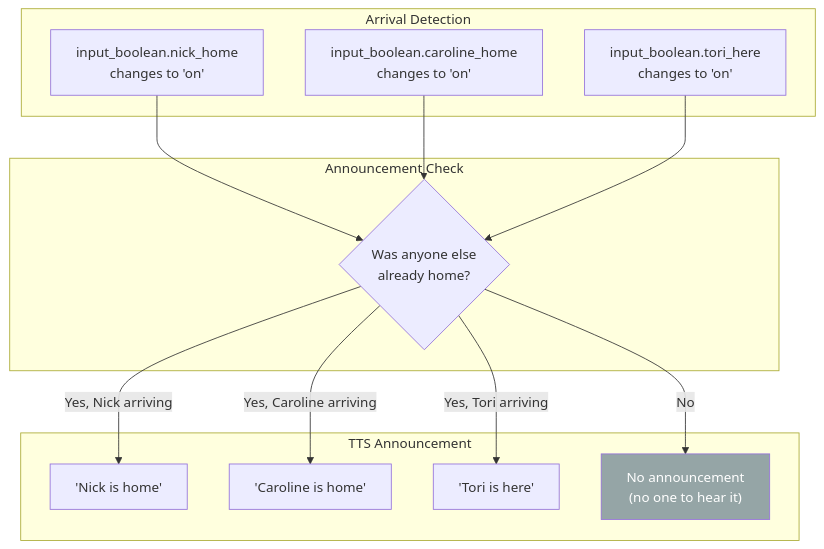
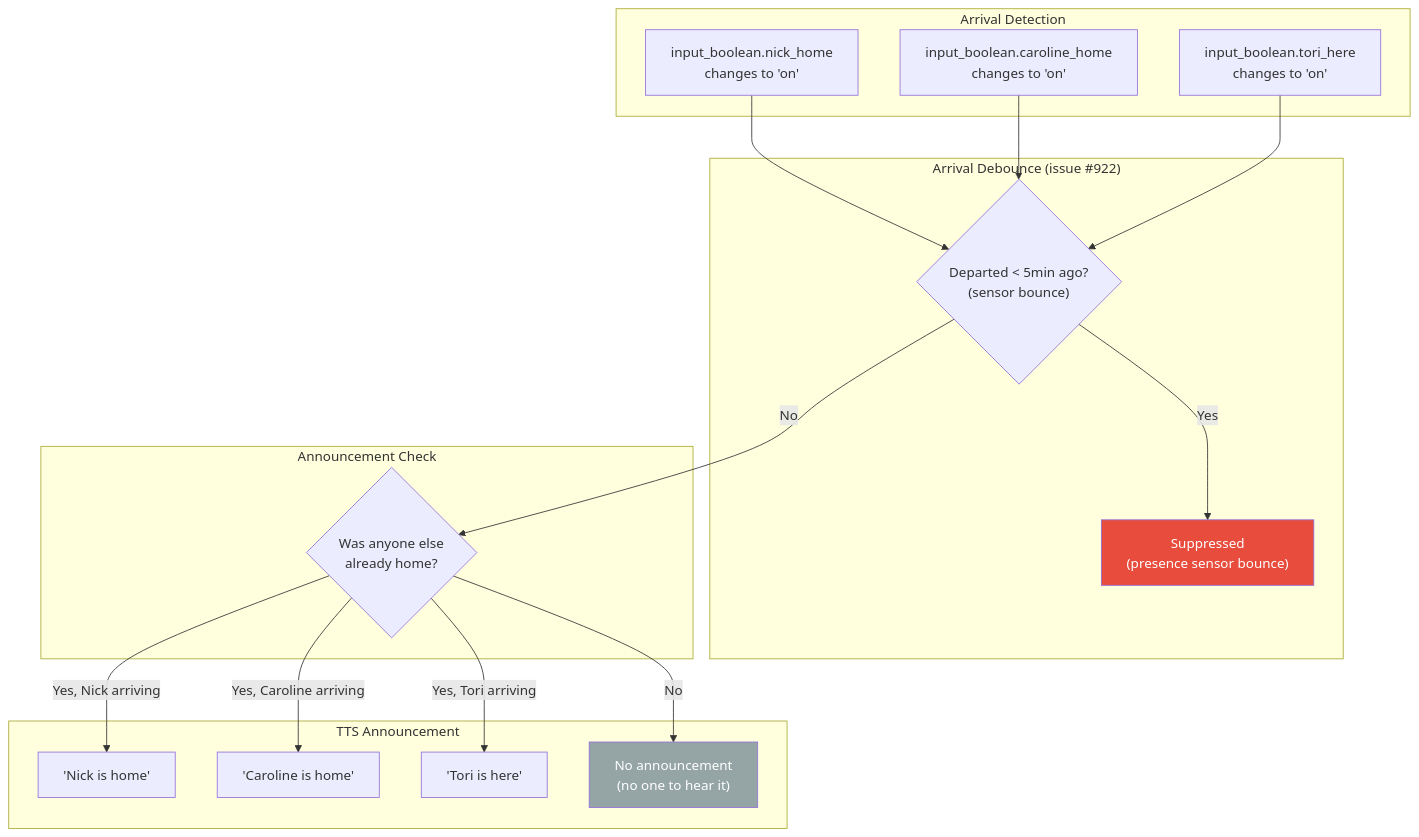
The fourth of 6 diagrams in docs/flows/STATE_TRACKING.md (NickBorgers/home-automation), drawn with Mermaid before and after one commit.

Commit message:
docs: Add arrival debounce to STATE_TRACKING flow diagram
Update the Arrival Announcements Mermaid diagram to reflect the new
arrival debounce logic from issue #922, showing the sensor bounce
suppression check before the announcement decision.

````diff
--- a/docs/flows/STATE_TRACKING.md
+++ b/docs/flows/STATE_TRACKING.md
@@ -128,30 +128,39 @@
 ```mermaid
 flowchart TD
     subgraph Trigger["Arrival Detection"]
         nickArrives["input_boolean.nick_home<br/>changes to 'on'"]
         carolineArrives["input_boolean.caroline_home<br/>changes to 'on'"]
         toriArrives["input_boolean.tori_here<br/>changes to 'on'"]
+    end
+
+    subgraph Debounce["Arrival Debounce (issue #922)"]
+        debounceCheck{"Departed < 5min ago?<br/>(sensor bounce)"}
+        suppressed["Suppressed<br/>(presence sensor bounce)"]
     end
 
     subgraph Check["Announcement Check"]
         wasAnyoneHome{"Was anyone else<br/>already home?"}
     end
 
     subgraph Action["TTS Announcement"]
         announceNick["'Nick is home'"]
         announceCaroline["'Caroline is home'"]
         announceTori["'Tori is here'"]
         skip["No announcement<br/>(no one to hear it)"]
     end
 
-    nickArrives --> wasAnyoneHome
-    carolineArrives --> wasAnyoneHome
-    toriArrives --> wasAnyoneHome
+    nickArrives --> debounceCheck
+    carolineArrives --> debounceCheck
+    toriArrives --> debounceCheck
+
+    debounceCheck -->|Yes| suppressed
+    debounceCheck -->|No| wasAnyoneHome
 
     wasAnyoneHome -->|Yes, Nick arriving| announceNick
     wasAnyoneHome -->|Yes, Caroline arriving| announceCaroline
     wasAnyoneHome -->|Yes, Tori arriving| announceTori
     wasAnyoneHome -->|No| skip
 
+    style suppressed fill:#e74c3c,color:#fff
     style skip fill:#95a5a6,color:#fff
 ```
````
